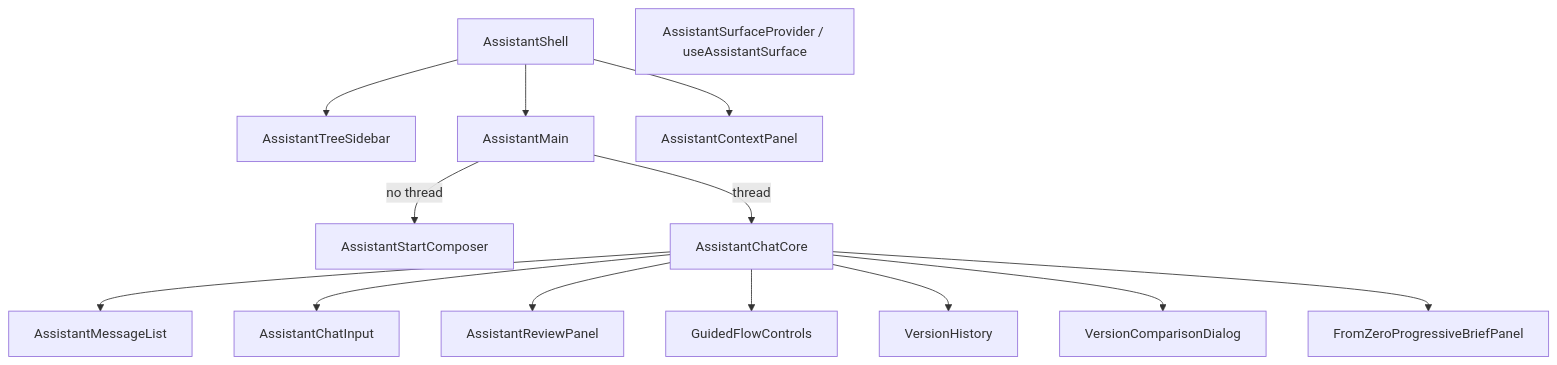
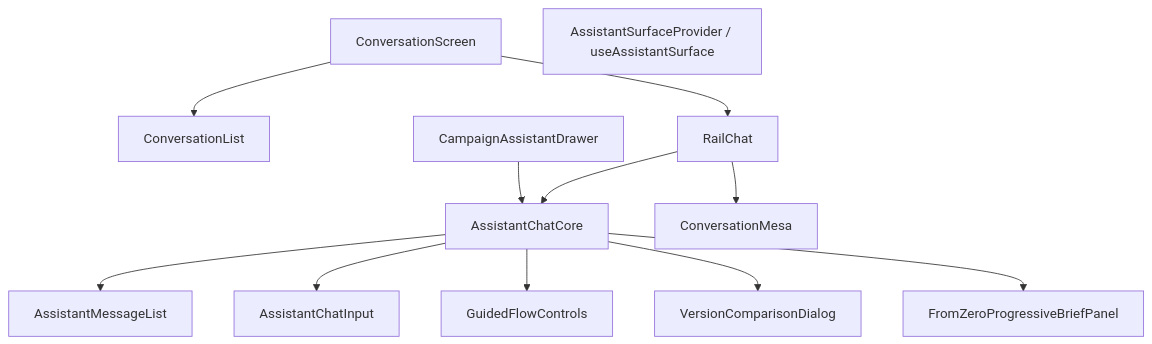
The second of 2 diagrams in docs/COMPONENTS.md (jhowtkd/adscale), drawn with Mermaid before and after one commit. The commit also changed other lines of this file and 12 other files, not shown here.

First line of the commit message:
docs(caminho-unico): the docs describe the rail shell and the conversation; drop dead leftovers

````diff
--- a/docs/COMPONENTS.md
+++ b/docs/COMPONENTS.md
@@ -103,16 +107,14 @@
 ```mermaid
 graph TD
-  Shell["AssistantShell"] --> Sidebar["AssistantTreeSidebar"]
-  Shell --> Main["AssistantMain"]
-  Shell --> Ctx["AssistantContextPanel"]
-  Main -->|no thread| Composer["AssistantStartComposer"]
-  Main -->|thread| Core["AssistantChatCore"]
+  Screen["ConversationScreen"] --> List["ConversationList"]
+  Screen --> Rail["RailChat"]
+  Rail --> Core["AssistantChatCore"]
+  Rail --> Mesa["ConversationMesa"]
   Core --> MsgList["AssistantMessageList"]
   Core --> Input["AssistantChatInput"]
-  Core --> Review["AssistantReviewPanel"]
   Core --> GuidedControls["GuidedFlowControls"]
-  Core --> VerHistory["VersionHistory"]
   Core --> VerCompare["VersionComparisonDialog"]
   Core --> FZBrief["FromZeroProgressiveBriefPanel"]
+  Drawer["CampaignAssistantDrawer"] --> Core
   Surface["AssistantSurfaceProvider / useAssistantSurface"]
 ```
````
